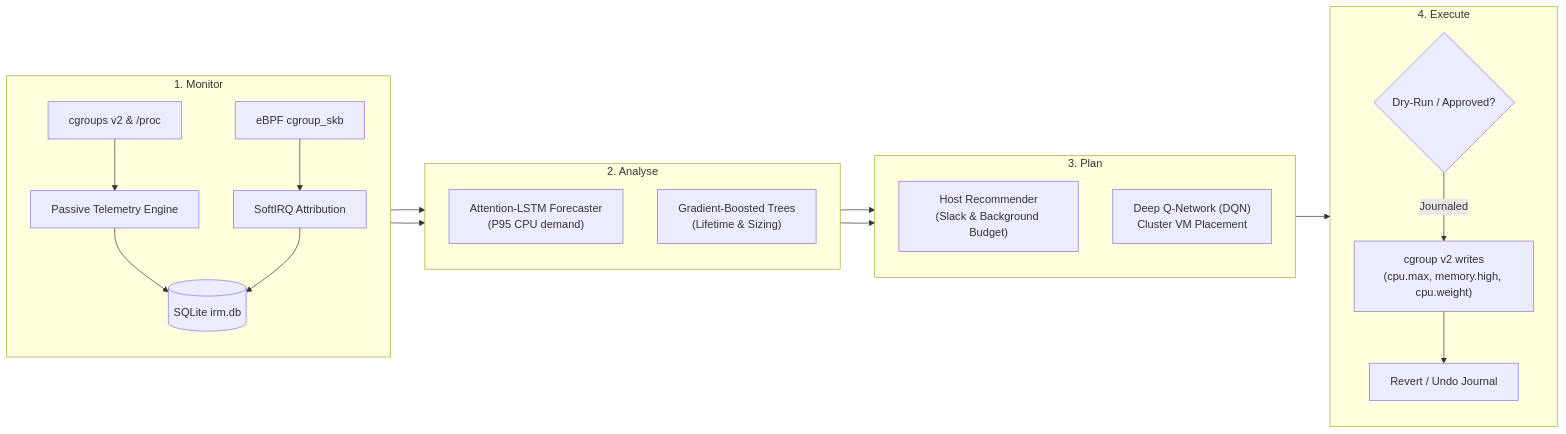
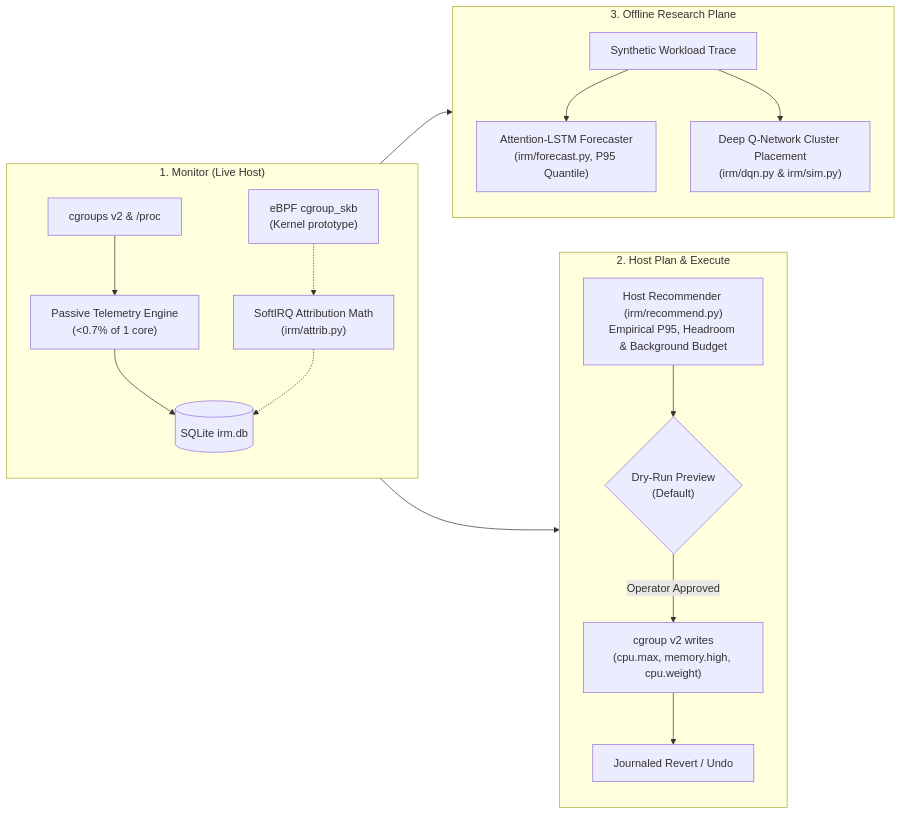
The diagram in README.md (shreenipane/VAGUS), drawn with Mermaid before and after one commit. The commit also changed other lines of this file and 34 other files, not shown here.

````diff
--- a/README.md
+++ b/README.md
@@ -32,29 +32,24 @@
 ```mermaid
 flowchart LR
-    subgraph Monitor["1. Monitor"]
+    subgraph Monitor["1. Monitor (Live Host)"]
         direction TB
-        CG["cgroups v2 & /proc"] --> Collector["Passive Telemetry Engine"]
-        BPF["eBPF cgroup_skb"] --> Attrib["SoftIRQ Attribution"]
+        CG["cgroups v2 & /proc"] --> Collector["Passive Telemetry Engine\n(<0.7% of 1 core)"]
+        BPF["eBPF cgroup_skb\n(Kernel prototype)"] -.-> Attrib["SoftIRQ Attribution Math\n(irm/attrib.py)"]
         Collector --> DB[(SQLite irm.db)]
-        Attrib --> DB
+        Attrib -.-> DB
     end
 
-    subgraph Analyse["2. Analyse"]
+    subgraph HostPlan["2. Host Plan & Execute"]
         direction TB
-        DB --> LSTM["Attention-LSTM Forecaster\n(P95 CPU demand)"]
-        DB --> GBDT["Gradient-Boosted Trees\n(Lifetime & Sizing)"]
+        DB --> Rec["Host Recommender (irm/recommend.py)\nEmpirical P95, Headroom & Background Budget"]
+        Rec --> DryRun{"Dry-Run Preview\n(Default)"}
+        DryRun -->|Operator Approved| CGV2["cgroup v2 writes\n(cpu.max, memory.high, cpu.weight)"]
+        CGV2 --> Rollback["Journaled Revert / Undo"]
     end
 
-    subgraph Plan["3. Plan"]
+    subgraph OfflineResearch["3. Offline Research Plane"]
         direction TB
-        LSTM --> Rec["Host Recommender\n(Slack & Background Budget)"]
-        GBDT --> DQN["Deep Q-Network (DQN)\nCluster VM Placement"]
-    end
-
-    subgraph Execute["4. Execute"]
-        direction TB
-        Rec --> DryRun{"Dry-Run / Approved?"}
-        DryRun -->|Journaled| CGV2["cgroup v2 writes\n(cpu.max, memory.high, cpu.weight)"]
-        CGV2 --> Rollback["Revert / Undo Journal"]
+        DB & Synth["Synthetic Workload Trace"] --> LSTM["Attention-LSTM Forecaster\n(irm/forecast.py, P95 Quantile)"]
+        Synth --> DQN["Deep Q-Network Cluster Placement\n(irm/dqn.py & irm/sim.py)"]
     end
 ```
````
